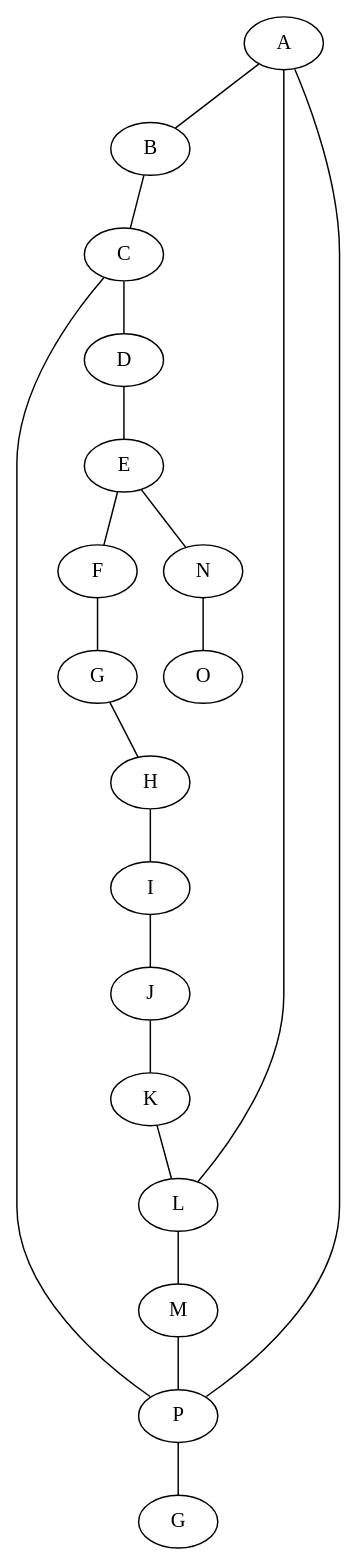
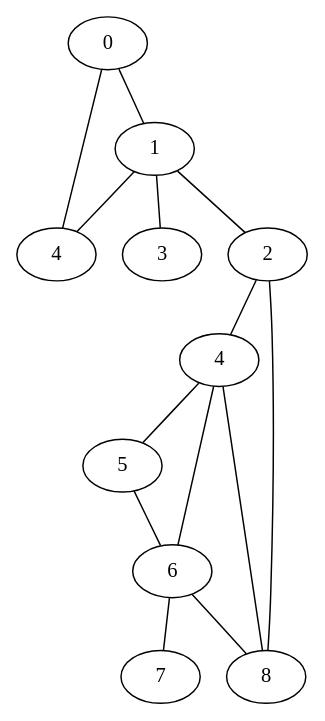
One commit to NickIT87/IAMM_proceedings changed the diagram in Linguistic_representation_of_deterministic_graphs/graph.dot. Above: the diagram before and after it, drawn with Graphviz. The commit also changed 6 other files, not shown here.

```diff
--- a/Linguistic_representation_of_deterministic_graphs/graph.dot
+++ b/Linguistic_representation_of_deterministic_graphs/graph.dot
@@ -1,91 +1,57 @@
 strict graph {
-	graph [bb="0,0,220,1044"];
+	graph [bb="0,0,225,468"];
 	node [label="\N"];
 	0	[height=0.5,
-		label=A,
-		pos="38,1026",
+		label=0,
+		pos="89,450",
 		width=0.75];
-	204	[height=0.5,
-		label=B,
-		pos="111,954",
+	1	[height=0.5,
+		label=1,
+		pos="121,378",
 		width=0.75];
-	0 -- 204	[pos="52.773,1010.8 65.354,998.77 83.352,981.51 95.999,969.38"];
-	214	[height=0.5,
-		label=L,
-		pos="110,234",
+	0 -- 1	[pos="96.584,432.41 101.68,421.25 108.38,406.6 113.47,395.47"];
+	2	[height=0.5,
+		label=4,
+		pos="54,306",
 		width=0.75];
-	0 -- 214	[pos="38,1007.5 38,980.71 38,927.87 38,883 38,883 38,883 38,377 38,325.86 75.601,274.48 96.457,249.91"];
-	216	[height=0.5,
-		label=P,
-		pos="110,90",
+	0 -- 2	[pos="84.778,431.87 78.051,404.58 64.973,351.52 58.237,324.19"];
+	1 -- 2	[pos="107.12,362.5 95.619,350.48 79.359,333.49 67.865,321.49"];
+	4	[height=0.5,
+		label=2,
+		pos="126,306",
 		width=0.75];
-	0 -- 216	[pos="30.492,1008.3 19.418,982.2 7.1054e-15,929.7 0,883 0,883 0,883 0,233 0,174.06 59.957,124.75 91.34,102.98"];
-	205	[height=0.5,
-		label=C,
-		pos="147,882",
+	1 -- 4	[pos="122.24,359.7 123.01,348.85 124.01,334.92 124.78,324.1"];
+	34	[height=0.5,
+		label=3,
+		pos="198,306",
 		width=0.75];
-	204 -- 205	[pos="119.35,936.76 125.17,925.46 132.89,910.44 138.7,899.15"];
-	206	[height=0.5,
-		label=D,
-		pos="147,810",
+	1 -- 34	[pos="136.58,362.83 149.94,350.69 169.09,333.28 182.44,321.14"];
+	5	[height=0.5,
+		label=4,
+		pos="93,234",
 		width=0.75];
-	205 -- 206	[pos="147,863.7 147,852.85 147,838.92 147,828.1"];
-	205 -- 216	[pos="160.73,866.12 181.88,841.6 220,790.28 220,739 220,739 220,739 220,233 220,174.06 160.04,124.75 128.66,102.98"];
-	207	[height=0.5,
-		label=E,
-		pos="147,738",
+	4 -- 5	[pos="118.18,288.41 112.92,277.25 106.01,262.6 100.76,251.47"];
+	8	[height=0.5,
+		label=8,
+		pos="125,18",
 		width=0.75];
-	206 -- 207	[pos="147,791.7 147,780.85 147,766.92 147,756.1"];
-	208	[height=0.5,
-		label=F,
-		pos="165,666",
+	4 -- 8	[pos="127.22,287.82 127.89,277.46 128.66,263.98 129,252 130.07,214.25 130.83,161 128,72 127.62,60.025 126.85,46.545 126.19,36.176"];
+	6	[height=0.5,
+		label=5,
+		pos="27,162",
 		width=0.75];
-	207 -- 208	[pos="151.36,720.05 154.19,709.05 157.86,694.76 160.68,683.79"];
-	229	[height=0.5,
-		label=N,
-		pos="93,666",
+	5 -- 6	[pos="79.003,218.15 67.803,206.28 52.172,189.7 40.977,177.82"];
+	7	[height=0.5,
+		label=6,
+		pos="61,90",
 		width=0.75];
-	207 -- 229	[pos="135.02,721.46 126.07,709.86 113.89,694.08 104.95,682.49"];
-	209	[height=0.5,
-		label=G,
-		pos="165,594",
+	5 -- 7	[pos="89.14,215.87 82.99,188.58 71.033,135.52 64.874,108.19"];
+	5 -- 8	[pos="95.565,215.85 101.56,175.78 116.42,76.383 122.42,36.232"];
+	6 -- 7	[pos="35.058,144.41 40.477,133.25 47.593,118.6 53,107.47"];
+	7 -- 8	[pos="74.573,74.155 85.434,62.276 100.59,45.697 111.45,33.824"];
+	39	[height=0.5,
+		label=7,
+		pos="53,18",
 		width=0.75];
-	208 -- 209	[pos="165,647.7 165,636.85 165,622.92 165,612.1"];
-	210	[height=0.5,
-		label=H,
-		pos="138,522",
-		width=0.75];
-	209 -- 210	[pos="158.46,576.05 154.22,565.05 148.71,550.76 144.48,539.79"];
-	211	[height=0.5,
-		label=I,
-		pos="124,450",
-		width=0.75];
-	210 -- 211	[pos="134.54,503.7 132.37,492.85 129.58,478.92 127.42,468.1"];
-	212	[height=0.5,
-		label=J,
-		pos="117,378",
-		width=0.75];
-	211 -- 212	[pos="122.27,431.7 121.18,420.85 119.79,406.92 118.71,396.1"];
-	213	[height=0.5,
-		label=K,
-		pos="114,306",
-		width=0.75];
-	212 -- 213	[pos="116.26,359.7 115.79,348.85 115.2,334.92 114.73,324.1"];
-	213 -- 214	[pos="113.01,287.7 112.39,276.85 111.6,262.92 110.98,252.1"];
-	215	[height=0.5,
-		label=M,
-		pos="110,162",
-		width=0.75];
-	214 -- 215	[pos="110,215.7 110,204.85 110,190.92 110,180.1"];
-	215 -- 216	[pos="110,143.7 110,132.85 110,118.92 110,108.1"];
-	232	[height=0.5,
-		label=G,
-		pos="110,18",
-		width=0.75];
-	216 -- 232	[pos="110,71.697 110,60.846 110,46.917 110,36.104"];
-	230	[height=0.5,
-		label=O,
-		pos="93,594",
-		width=0.75];
-	229 -- 230	[pos="93,647.7 93,636.85 93,622.92 93,612.1"];
+	7 -- 39	[pos="59.022,71.697 57.782,60.846 56.19,46.917 54.955,36.104"];
 }
```
